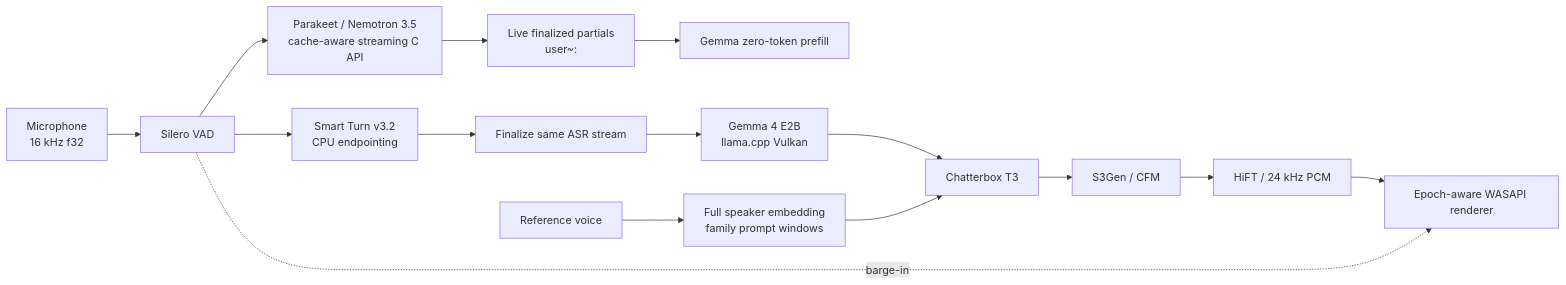
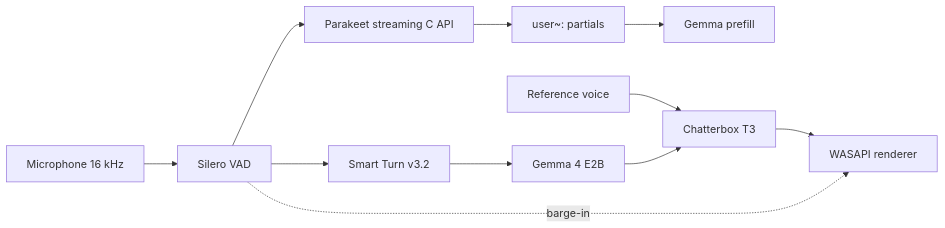
The diagram in README.md (wgabrys88/Trident), drawn with Mermaid before and after one commit. The commit also changed other lines of this file and 8 other files, not shown here.

````diff
--- a/README.md
+++ b/README.md
@@ -10,17 +5,13 @@
 ```mermaid
 flowchart LR
-    MIC["Microphone<br/>16 kHz f32"] --> VAD["Silero VAD"]
-    VAD --> ASR["Parakeet / Nemotron 3.5<br/>cache-aware streaming C API"]
-    ASR --> PART["Live finalized partials<br/>user~:"]
-    VAD --> TURN["Smart Turn v3.2<br/>CPU endpointing"]
-    PART --> PREFILL["Gemma zero-token prefill"]
-    TURN --> FINAL["Finalize same ASR stream"]
-    FINAL --> GEMMA["Gemma 4 E2B<br/>llama.cpp Vulkan"]
-    GEMMA --> T3["Chatterbox T3"]
-    VOICE["Reference voice"] --> COND["Full speaker embedding<br/>family prompt windows"]
-    COND --> T3
-    T3 --> S3["S3Gen / CFM"]
-    S3 --> HIFT["HiFT / 24 kHz PCM"]
-    HIFT --> PLAY["Epoch-aware WASAPI renderer"]
+    MIC["Microphone 16 kHz"] --> VAD["Silero VAD"]
+    VAD --> ASR["Parakeet streaming C API"]
+    ASR --> PART["user~: partials"]
+    VAD --> TURN["Smart Turn v3.2"]
+    PART --> PREFILL["Gemma prefill"]
+    TURN --> GEMMA["Gemma 4 E2B"]
+    VOICE["Reference voice"] --> T3["Chatterbox T3"]
+    GEMMA --> T3
+    T3 --> PLAY["WASAPI renderer"]
     VAD -. barge-in .-> PLAY
 ```
````
